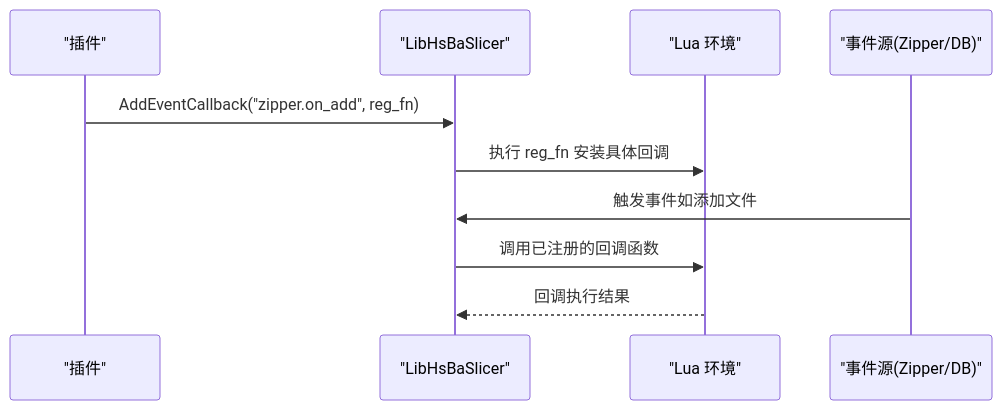
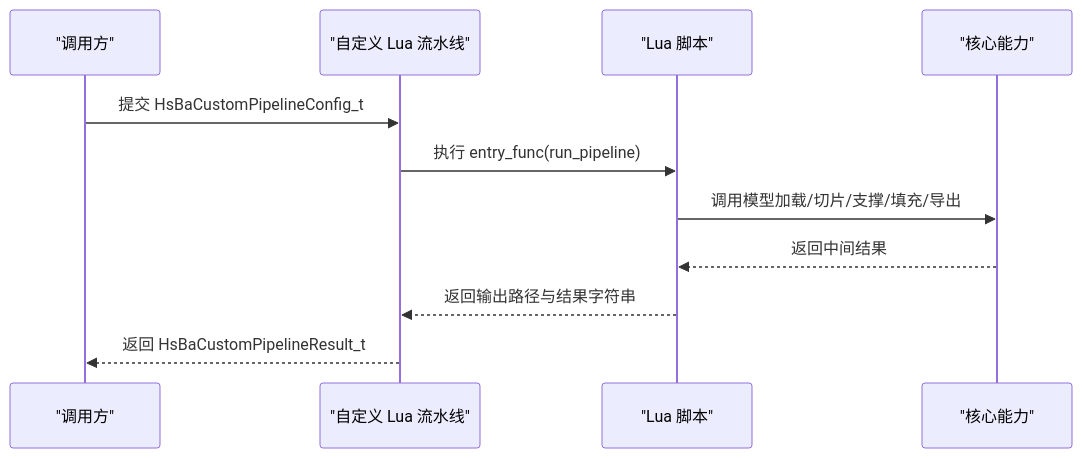
Before and after one commit to hsmbanlance/HsBaSlicer: the eighth of 9 diagrams in .qoder/repowiki/zh/content/扩展开发指南/扩展开发指南.md, drawn with Mermaid. The commit also changed other lines of this file and 1135 other files, not shown here.

````diff
--- a/.qoder/repowiki/zh/content/扩展开发指南/扩展开发指南.md
+++ b/.qoder/repowiki/zh/content/扩展开发指南/扩展开发指南.md
@@ -318,12 +311,13 @@
 ```mermaid
 sequenceDiagram
-participant Plugin as "插件"
-participant Lib as "LibHsBaSlicer"
-participant Lua as "Lua 环境"
-participant Source as "事件源(Zipper/DB)"
-Plugin->>Lib : AddEventCallback("zipper.on_add", reg_fn)
-Lib->>Lua : 执行 reg_fn 安装具体回调
-Source->>Lib : 触发事件如添加文件
-Lib->>Lua : 调用已注册的回调函数
-Lua-->>Lib : 回调执行结果
+participant Caller as "调用方"
+participant Pipeline as "自定义 Lua 流水线"
+participant Lua as "Lua 脚本"
+participant Core as "核心能力"
+Caller->>Pipeline : 提交 HsBaCustomPipelineConfig_t
+Pipeline->>Lua : 执行 entry_func(run_pipeline)
+Lua->>Core : 调用模型加载/切片/支撑/填充/导出
+Core-->>Lua : 返回中间结果
+Lua-->>Pipeline : 返回输出路径与结果字符串
+Pipeline-->>Caller : 返回 HsBaCustomPipelineResult_t
 ```
````
